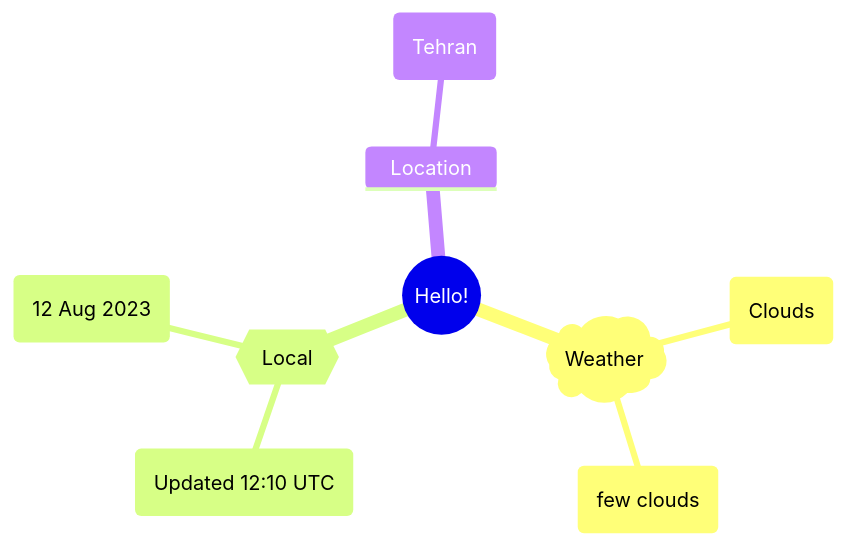
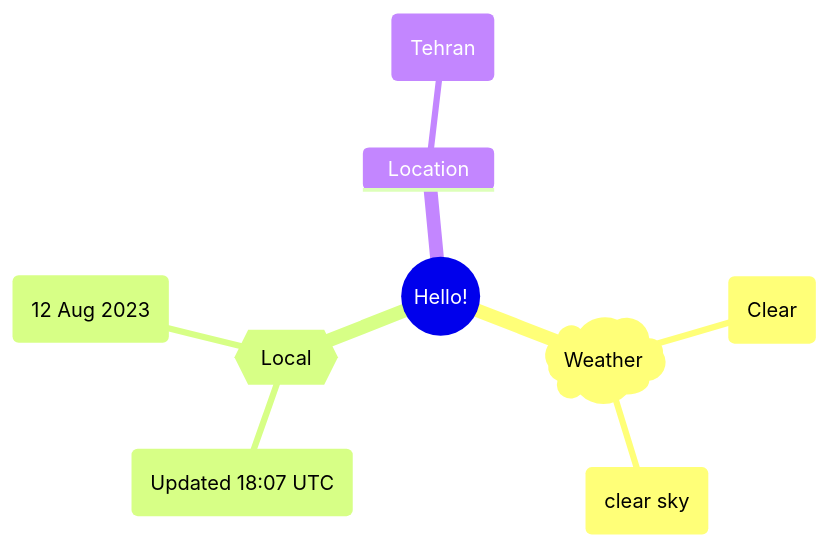
Before and after one commit to Xosrov/Xosrov: the first of 2 diagrams in README.md, drawn with Mermaid.

Commit message:
[bot] updated images

````diff
--- a/README.md
+++ b/README.md
@@ -3,12 +3,12 @@
 ```mermaid
 mindmap
   root((Hello!))
     )Weather(
-        (Clouds)
-        (few clouds)
+        (Clear)
+        (clear sky)
     {{Local}}
-        (Updated 12:10 UTC)
+        (Updated 18:07 UTC)
         (12 Aug 2023)
     Location
         (Tehran)
 ```
````
